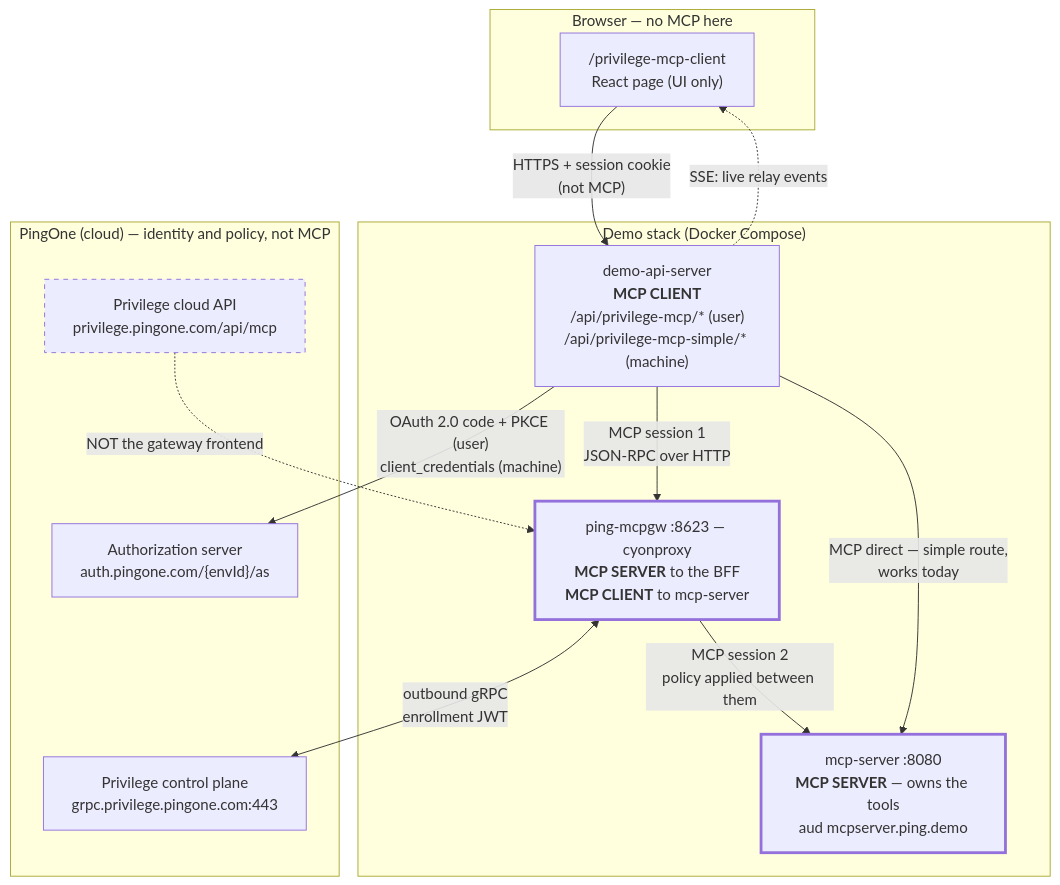
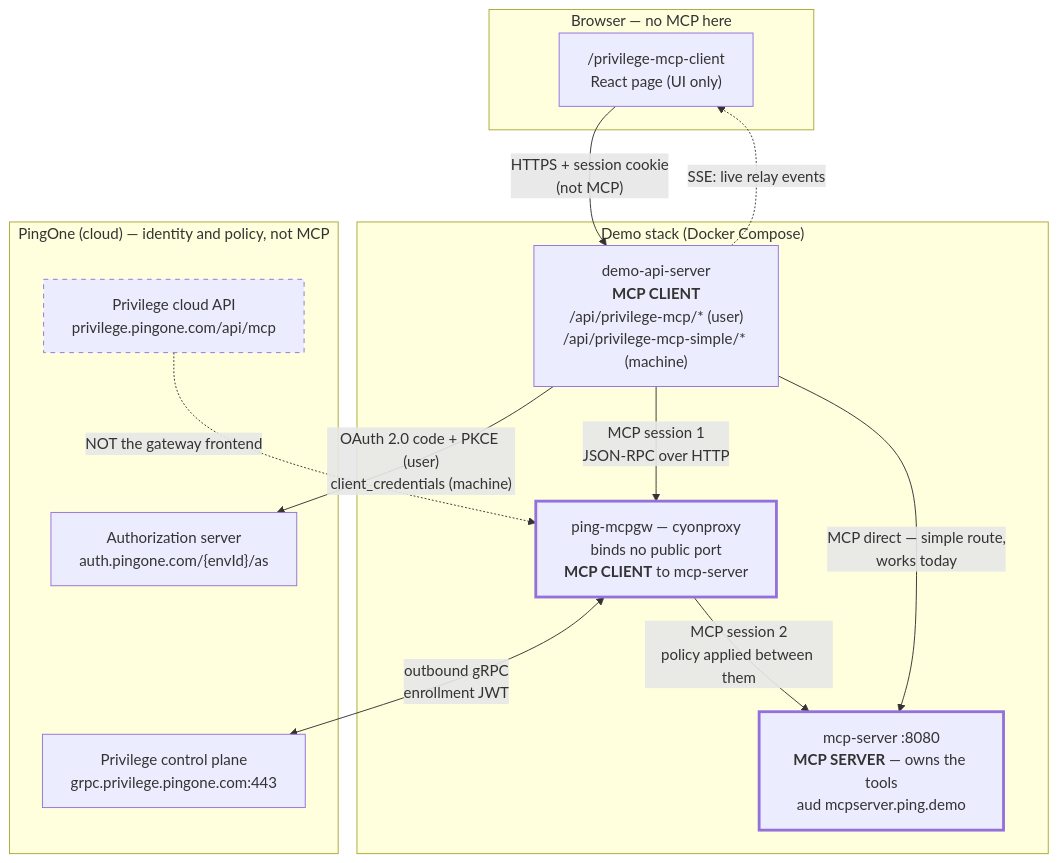
The first of 2 diagrams in docs/PRIVILEGE-MCP.md (curtismu7/AI-DEMO2), drawn with Mermaid before and after one commit. The commit also changed other lines of this file and 1 other file, not shown here.

First line of the commit message:
fix(privilege-mcp): the MCP frontend is cloud-hosted; stop chasing a local port

````diff
--- a/docs/PRIVILEGE-MCP.md
+++ b/docs/PRIVILEGE-MCP.md
@@ -130,32 +130,32 @@
 ```mermaid
 graph TB
     subgraph browser["Browser — no MCP here"]
         UI["/privilege-mcp-client<br/>React page (UI only)"]
     end
 
     subgraph demo["Demo stack (Docker Compose)"]
         BFF["demo-api-server<br/><b>MCP CLIENT</b><br/>/api/privilege-mcp/* (user)<br/>/api/privilege-mcp-simple/* (machine)"]
-        GW["ping-mcpgw :8623 — cyonproxy<br/><b>MCP SERVER</b> to the BFF<br/><b>MCP CLIENT</b> to mcp-server"]
+        GW["ping-mcpgw — cyonproxy<br/>binds no public port<br/><b>MCP CLIENT</b> to mcp-server"]
         MCP["mcp-server :8080<br/><b>MCP SERVER</b> — owns the tools<br/>aud mcpserver.ping.demo"]
     end
 
     subgraph ping["PingOne (cloud) — identity and policy, not MCP"]
         AS["Authorization server<br/>auth.pingone.com/{envId}/as"]
         CP["Privilege control plane<br/>grpc.privilege.pingone.com:443"]
         API["Privilege cloud API<br/>privilege.pingone.com/api/mcp"]
     end
 
     UI -->|"HTTPS + session cookie<br/>(not MCP)"| BFF
     BFF -.->|"SSE: live relay events"| UI
     BFF -->|"OAuth 2.0 code + PKCE (user)<br/>client_credentials (machine)"| AS
     BFF -->|"MCP session 1<br/>JSON-RPC over HTTP"| GW
     GW -->|"MCP session 2<br/>policy applied between them"| MCP
     BFF -->|"MCP direct — simple route,<br/>works today"| MCP
     GW <-->|"outbound gRPC<br/>enrollment JWT"| CP
     API -.->|"NOT the gateway frontend"| GW
 
     classDef mcpserver stroke-width:3px
     classDef broken stroke-dasharray: 5 5
     class MCP,GW mcpserver
     class API broken
 ```
````
